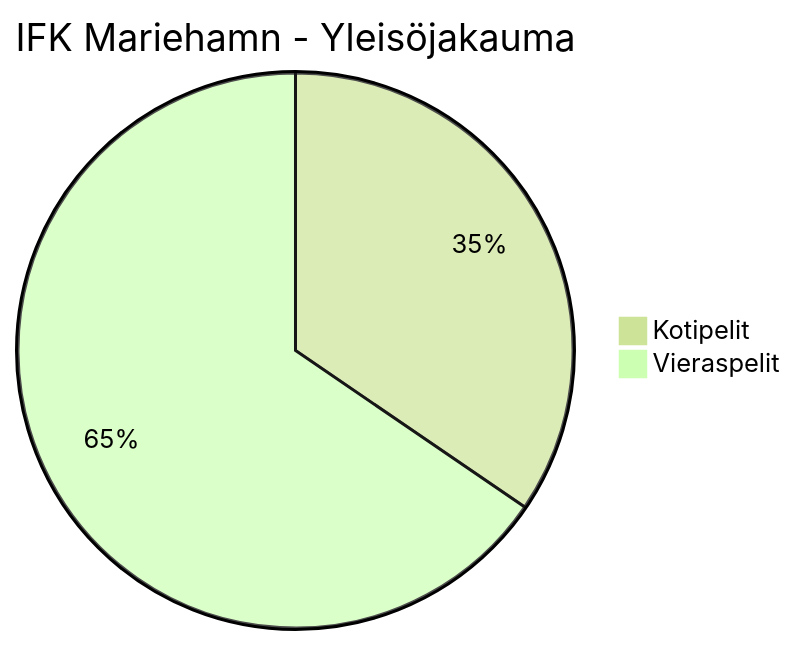
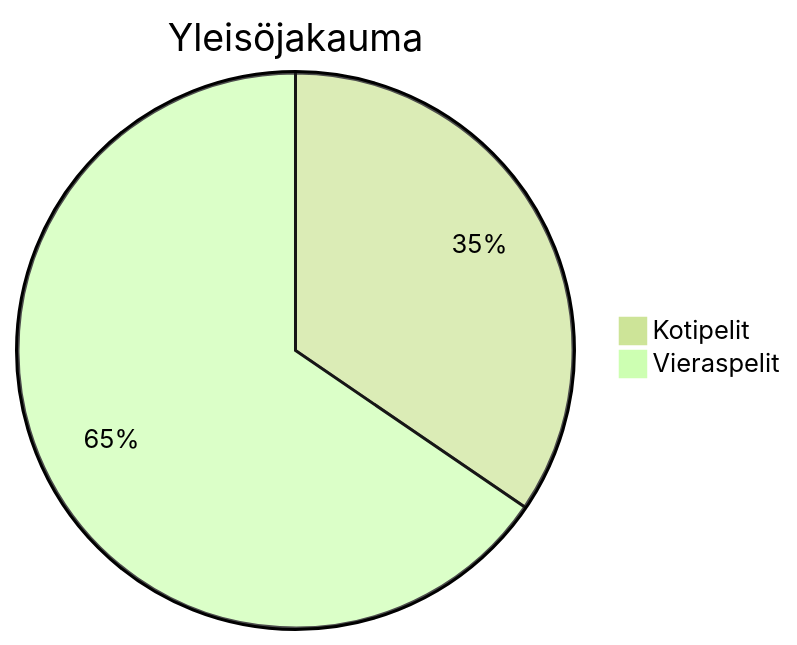
Before and after one commit to Linux88888/Veikkausliiga2025: diagram 16 of 27 in Yleisö2025.md, drawn with Mermaid (forest theme). The commit also changed other lines of this file, not shown here.

````diff
--- a/Yleisö2025.md
+++ b/Yleisö2025.md
@@ -149,5 +147,5 @@
 ```mermaid
-pie title IFK Mariehamn - Yleisöjakauma
+pie title Yleisöjakauma
     "Kotipelit" : 2233
     "Vieraspelit" : 4233
 ```
````
